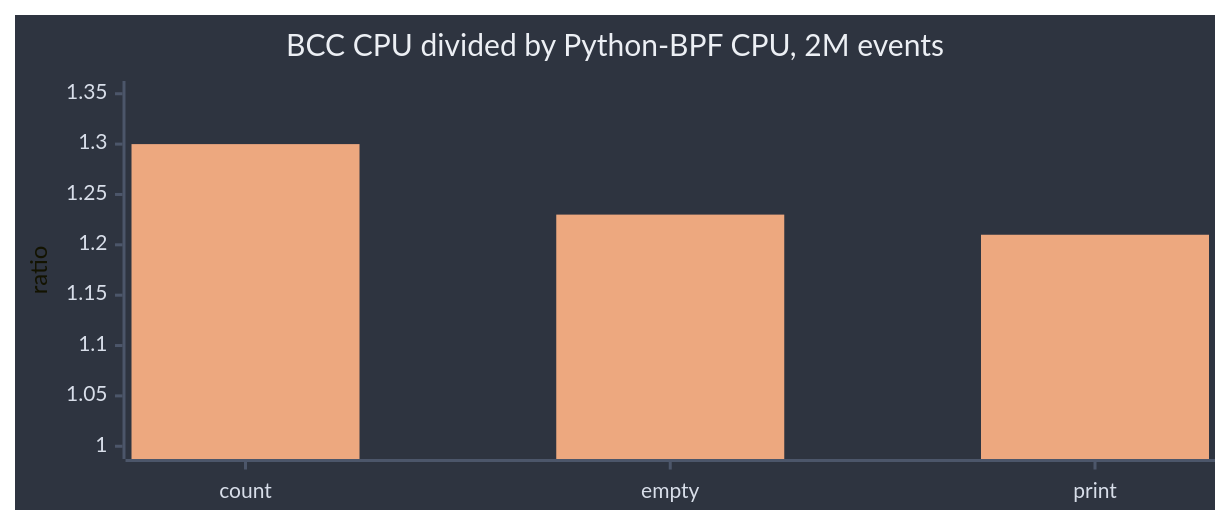
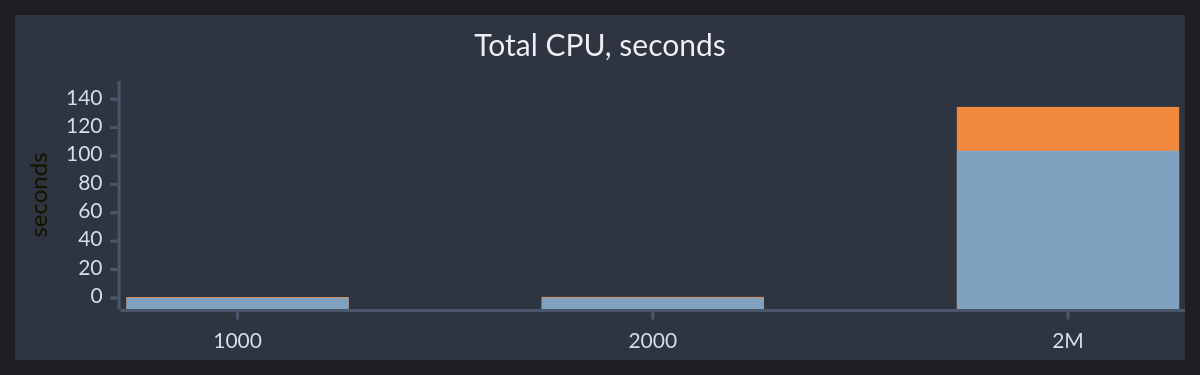
Before and after one commit to nizarakbarm/pycon-tw-2026-bcc-vs-pythonbpf: the third of 3 diagrams in slides.md, drawn with Mermaid. The commit also changed other lines of this file and 2 other files, not shown here.

First line of the commit message:
Slide 16: 2M CPU chart, orange BCC accent, three N values

````diff
--- a/slides.md
+++ b/slides.md
@@ -388,8 +390,9 @@
 ```mermaid
-%%{init: {"xyChart":{"width":800,"height":330},"theme":"base","themeVariables":{"xyChart":{"backgroundColor":"#2e3440","titleColor":"#eceff4","xAxisLabelColor":"#d8dee9","xAxisLineColor":"#4c566a","xAxisTickColor":"#4c566a","yAxisLabelColor":"#d8dee9","yAxisLineColor":"#4c566a","yAxisTickColor":"#4c566a","plotColorPalette":"#eda87f"}}}}%%
+%%{init: {"xyChart":{"width":780,"height":230},"theme":"dark","themeVariables":{"xyChart":{"backgroundColor":"#2e3440","titleColor":"#eceff4","xAxisLabelColor":"#d8dee9","xAxisLineColor":"#4c566a","xAxisTickColor":"#4c566a","yAxisLabelColor":"#d8dee9","yAxisLineColor":"#4c566a","yAxisTickColor":"#4c566a","plotColorPalette":"#f0883e, #81a1c1"}}}}%%
 xychart-beta
-  title "BCC CPU divided by Python-BPF CPU, 2M events"
-  x-axis ["count", "empty", "print"]
-  y-axis "ratio" 1.0 --> 1.35
-  bar [1.30, 1.23, 1.21]
+  title "Total CPU, seconds"
+  x-axis ["1000", "2000", "2M"]
+  y-axis "seconds" 0 --> 145
+  bar [0.625, 0.716, 134.568]
+  bar [0.120, 0.194, 103.658]
 ```
````
